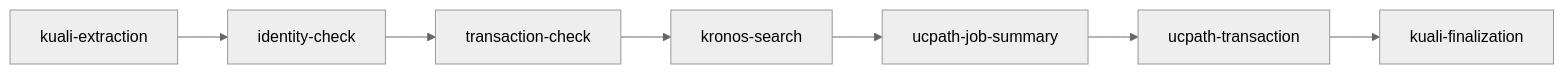
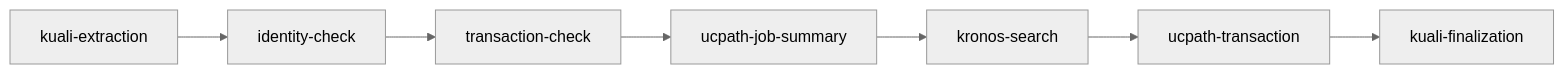
The diagram in docs/workflow/separations.md (julianthant/hr-automation), drawn with Mermaid (neutral theme) before and after one commit. The commit also changed 4 other files, not shown here.

````diff
--- a/docs/workflow/separations.md
+++ b/docs/workflow/separations.md
@@ -11,9 +11,9 @@
 ```mermaid
 flowchart LR
   A["kuali-extraction"] --> B["identity-check"]
   B --> C["transaction-check"]
-  C --> D["kronos-search"]
-  D --> E["ucpath-job-summary"]
+  C --> D["ucpath-job-summary"]
+  D --> E["kronos-search"]
   E --> F["ucpath-transaction"]
   F --> G["kuali-finalization"]
 ```
````
